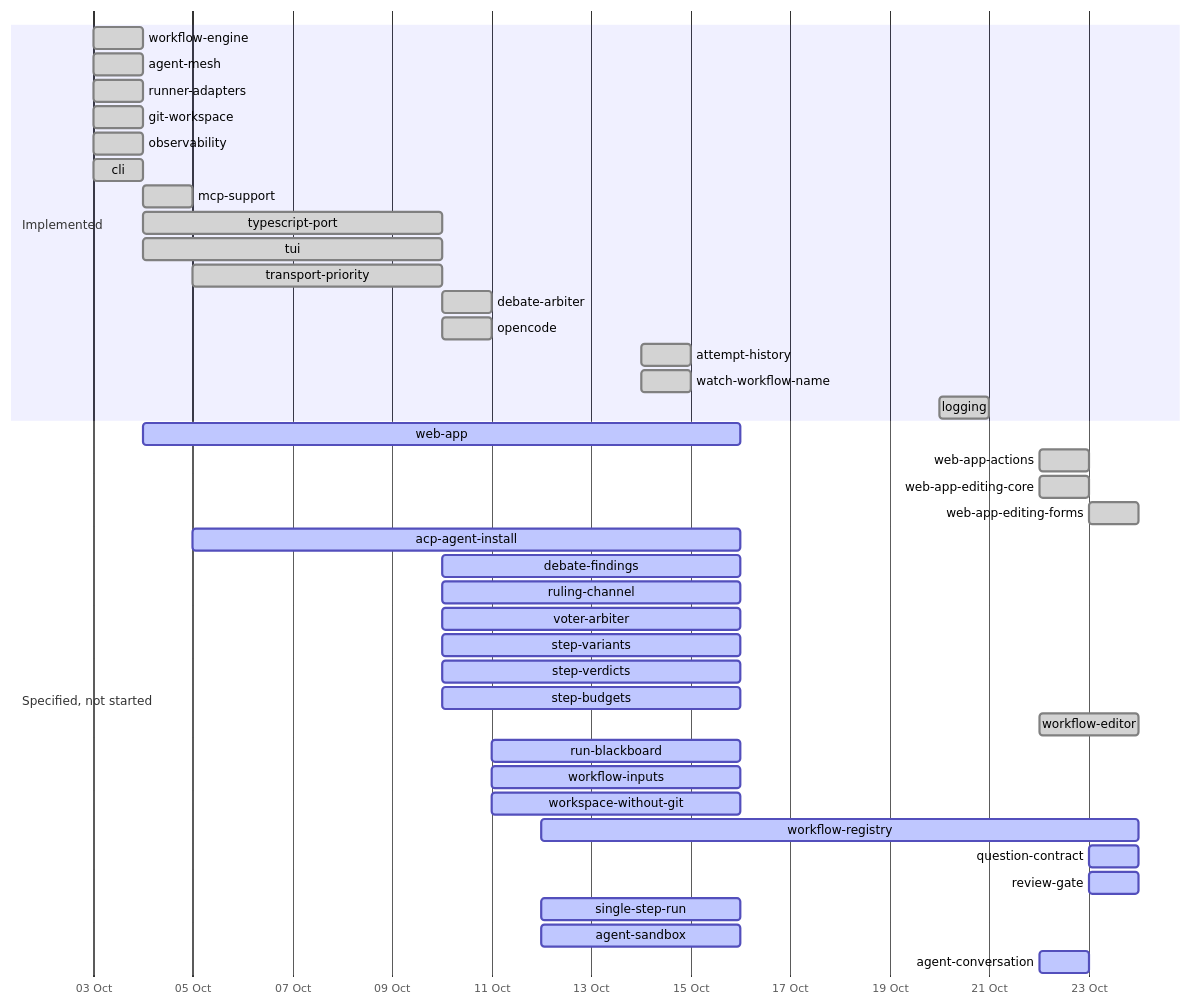
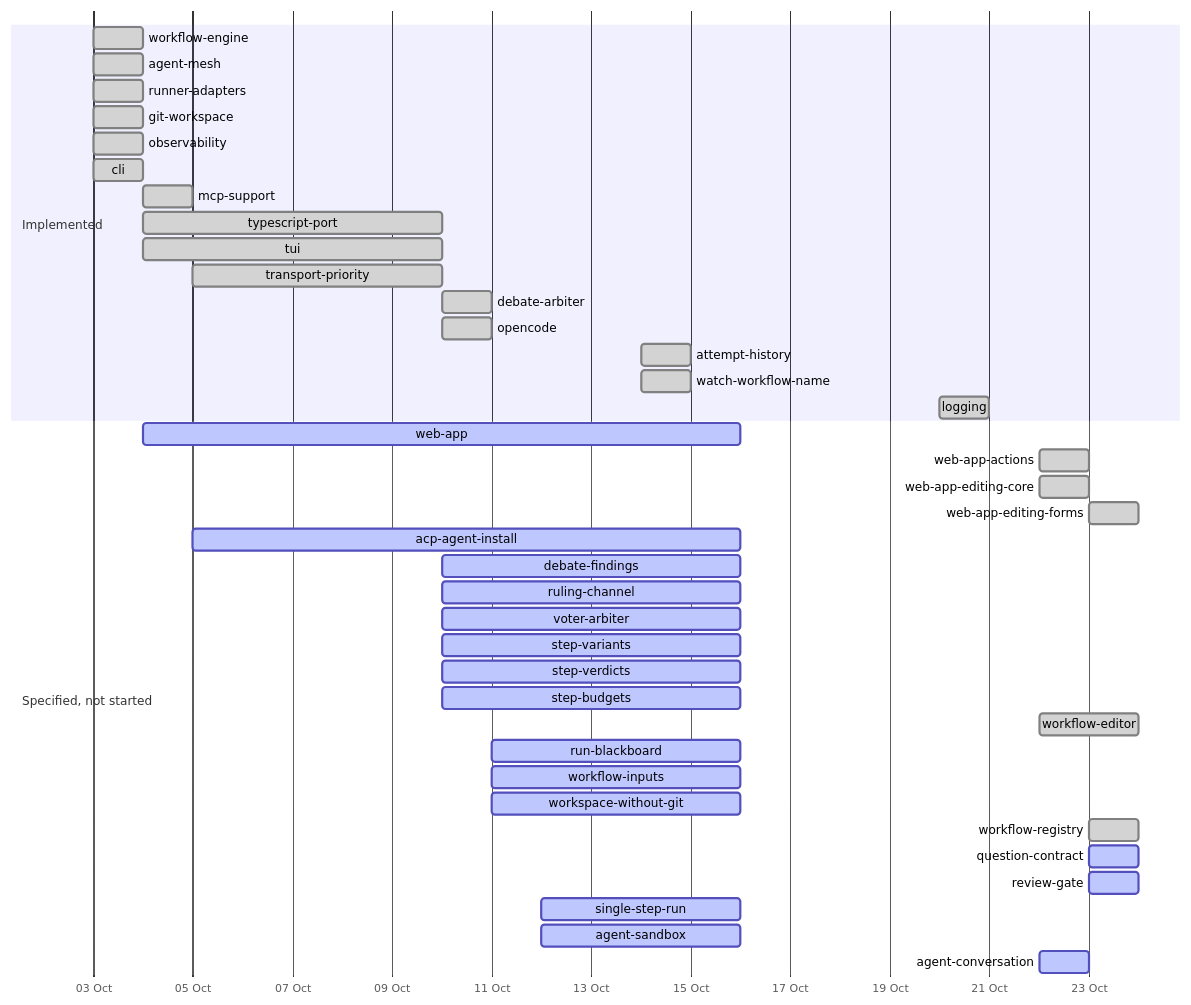
The second of 2 diagrams in specs/DEPENDENCY_MAP.md (yaotzin1/indaba), drawn with Mermaid before and after one commit. The commit also changed other lines of this file and 26 other files, not shown here.

First line of the commit message:
feat(web,cli): indaba ui lists the workflow registry (registry slice 2) (#72)

````diff
--- a/specs/DEPENDENCY_MAP.md
+++ b/specs/DEPENDENCY_MAP.md
@@ -71,43 +71,43 @@
 ```mermaid
 gantt
     dateFormat YYYY-MM-DD
     axisFormat %d %b
     section Implemented
     workflow-engine        :done, 2026-10-03, 2026-10-04
     agent-mesh             :done, 2026-10-03, 2026-10-04
     runner-adapters        :done, 2026-10-03, 2026-10-04
     git-workspace          :done, 2026-10-03, 2026-10-04
     observability          :done, 2026-10-03, 2026-10-04
     cli                    :done, 2026-10-03, 2026-10-04
     mcp-support            :done, 2026-10-04, 1d
     typescript-port        :done, 2026-10-04, 2026-10-10
     tui                    :done, 2026-10-04, 2026-10-10
     transport-priority     :done, 2026-10-05, 2026-10-10
     debate-arbiter         :done, 2026-10-10, 1d
     opencode               :done, 2026-10-10, 1d
     attempt-history        :done, 2026-10-14, 1d
     watch-workflow-name    :done, 2026-10-14, 1d
     logging                :done, 2026-10-20, 2026-10-21
     section Specified, not started
     web-app                :active, 2026-10-04, 2026-10-16
     web-app-actions        :done, 2026-10-22, 1d
     web-app-editing-core   :done, 2026-10-22, 1d
     web-app-editing-forms  :done, 2026-10-23, 1d
     acp-agent-install      :active, 2026-10-05, 2026-10-16
     debate-findings        :active, 2026-10-10, 2026-10-16
     ruling-channel         :active, 2026-10-10, 2026-10-16
     voter-arbiter          :active, 2026-10-10, 2026-10-16
     step-variants          :active, 2026-10-10, 2026-10-16
     step-verdicts          :active, 2026-10-10, 2026-10-16
     step-budgets           :active, 2026-10-10, 2026-10-16
     workflow-editor        :done, 2026-10-22, 2d
     run-blackboard         :active, 2026-10-11, 2026-10-16
     workflow-inputs        :active, 2026-10-11, 2026-10-16
     workspace-without-git  :active, 2026-10-11, 2026-10-16
-    workflow-registry      :active, 2026-10-12, 2026-10-24
+    workflow-registry      :done, 2026-10-23, 1d
     question-contract      :active, 2026-10-23, 2026-10-24
     review-gate            :active, 2026-10-23, 2026-10-24
     single-step-run        :active, 2026-10-12, 2026-10-16
     agent-sandbox          :active, 2026-10-12, 2026-10-16
     agent-conversation     :active, 2026-10-22, 2026-10-23
 ```
````
